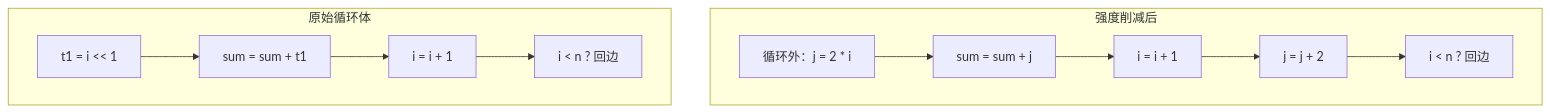
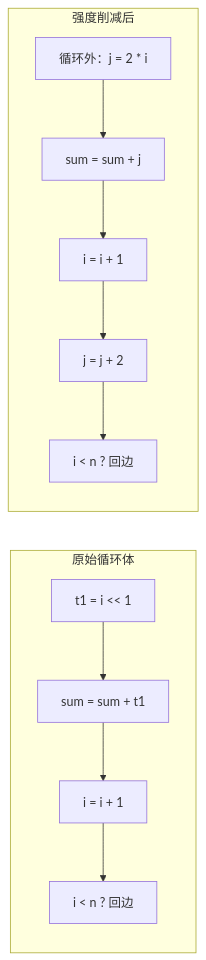
One commit to lightsmilew/compiler-principles changed the diagram in docs/optim/asm-strength-reduction.md. Above: the diagram before and after it, drawn with Mermaid. The commit also changed other lines of this file and 32 other files, not shown here.

Commit message:
docs: unify assessment flow and submission guidance

````diff
--- a/docs/optim/asm-strength-reduction.md
+++ b/docs/optim/asm-strength-reduction.md
@@ -57,15 +57,14 @@
 ```mermaid
-%% Mermaid 会把并列子图从右向左摆放，所以先写"强度削减后"，渲染出来才是左"原始"、右"削减后"。
-flowchart TB
-  subgraph 强度削减后
-    B1["循环外：j = 2 * i"] --> B2["sum = sum + j"]
+flowchart LR
+  subgraph Before["原始循环体"]
+    B1["t1 = i << 1"] --> B2["sum = sum + t1"]
     B2 --> B3["i = i + 1"]
-    B3 --> B4["j = j + 2"]
-    B4 --> B5["i < n ? 回边"]
+    B3 --> B4["i < n ? 回边"]
   end
-  subgraph 原始循环体
-    A1["t1 = i << 1"] --> A2["sum = sum + t1"]
+  subgraph After["强度削减后"]
+    A1["循环外：j = 2 * i"] --> A2["sum = sum + j"]
     A2 --> A3["i = i + 1"]
-    A3 --> A4["i < n ? 回边"]
+    A3 --> A4["j = j + 2"]
+    A4 --> A5["i < n ? 回边"]
   end
 ```
````
